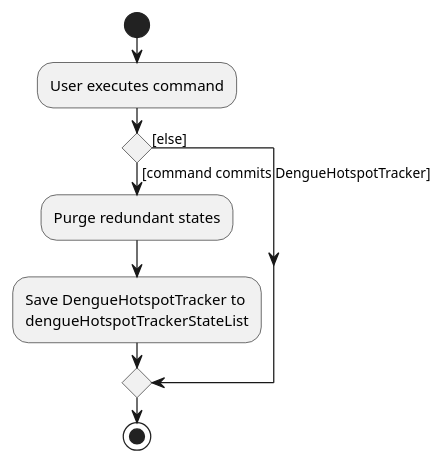
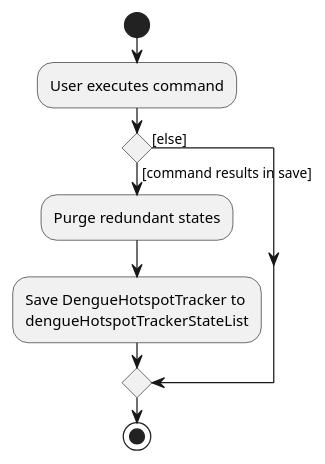
One commit to nus-cs2103-AY2223S2/tp changed the diagram in docs/diagrams/CommitActivityDiagram.puml. Above: the diagram before and after it, drawn with PlantUML.

Commit message:
edit ug and dg

```diff
--- a/docs/diagrams/CommitActivityDiagram.puml
+++ b/docs/diagrams/CommitActivityDiagram.puml
@@ -1,15 +1,15 @@
 @startuml
 start
 :User executes command;
 
 'Since the beta syntax does not support placing the condition outside the
 'diamond we place it as the true branch instead.
 
-if () then ([command commits DengueHotspotTracker])
+if () then ([command results in save])
     :Purge redundant states;
     :Save DengueHotspotTracker to
     dengueHotspotTrackerStateList;
 else ([else])
 endif
 stop
 @enduml
```
